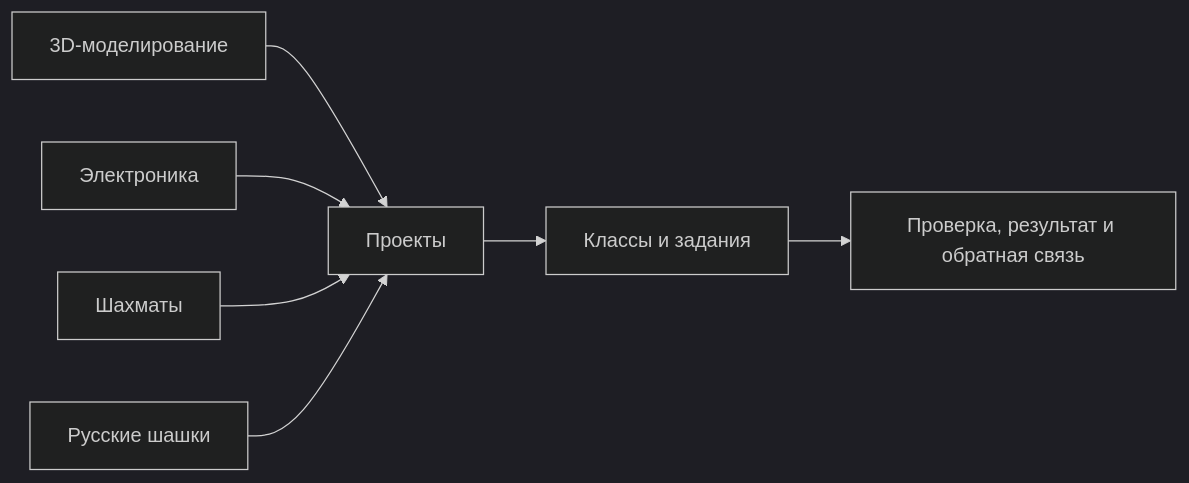
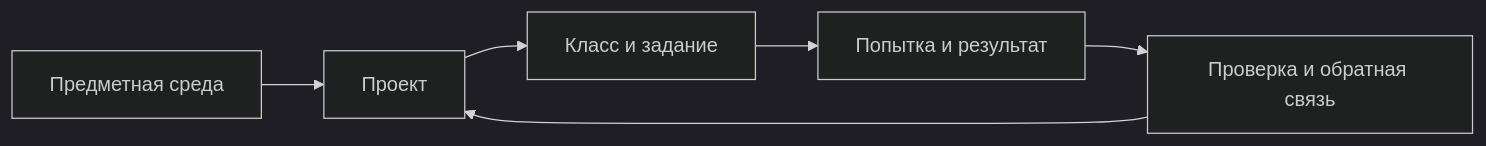
The diagram in README.md (spikeal8-maker/asa-lab), drawn with Mermaid (dark theme) before and after one commit. The commit also changed other lines of this file, not shown here.

````diff
--- a/README.md
+++ b/README.md
@@ -119,9 +139,8 @@
 ```mermaid
 flowchart LR
-  D3["3D-моделирование"] --> P["Проекты"]
-  E["Электроника"] --> P
-  C["Шахматы"] --> P
-  K["Русские шашки"] --> P
-  P --> A["Классы и задания"]
-  A --> R["Проверка, результат и обратная связь"]
+  S["Предметная среда"] --> P["Проект"]
+  P --> A["Класс и задание"]
+  A --> E["Попытка и результат"]
+  E --> F["Проверка и обратная связь"]
+  F --> P
 ```
````
